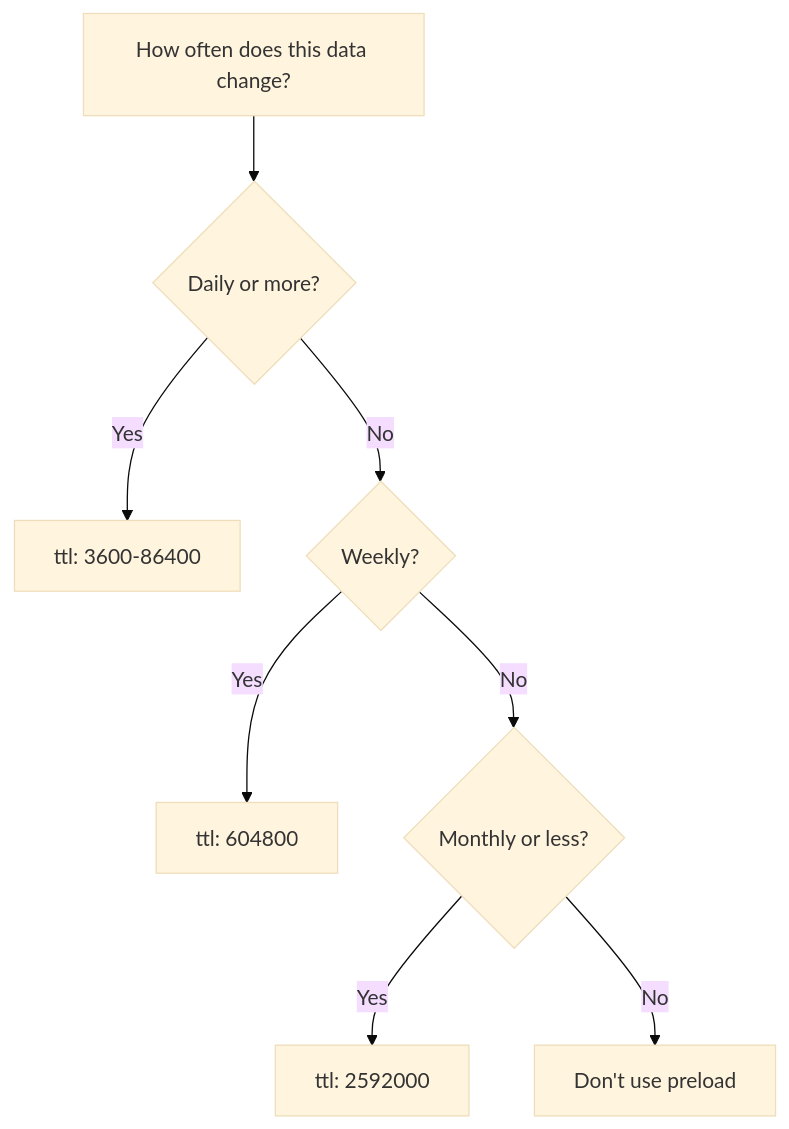
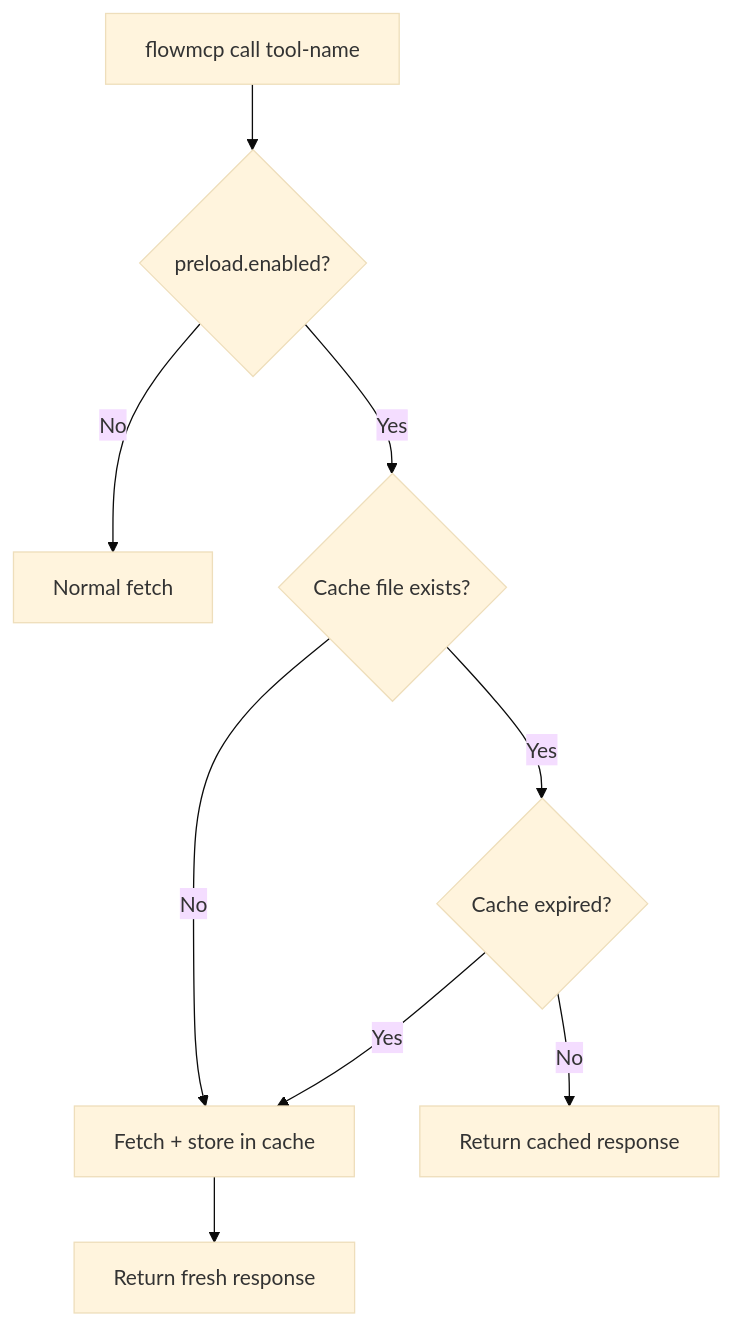
The first of 2 diagrams in src/content/docs/specification/preload.md (FlowMCP/flowmcp.github.io), drawn with Mermaid (base theme) before and after one commit. The commit also changed other lines of this file and 45 other files, not shown here.

````diff
--- a/src/content/docs/specification/preload.md
+++ b/src/content/docs/specification/preload.md
@@ -58,10 +131,11 @@
 ```mermaid
 flowchart TD
-    A[How often does this data change?] --> B{Daily or more?}
-    B -->|Yes| C["ttl: 3600-86400"]
-    B -->|No| D{Weekly?}
-    D -->|Yes| E["ttl: 604800"]
-    D -->|No| F{Monthly or less?}
-    F -->|Yes| G["ttl: 2592000"]
-    F -->|No| H["Don't use preload"]
+    A[flowmcp call tool-name] --> B{preload.enabled?}
+    B -->|No| C[Normal fetch]
+    B -->|Yes| D{Cache file exists?}
+    D -->|No| E[Fetch + store in cache]
+    D -->|Yes| F{Cache expired?}
+    F -->|No| G[Return cached response]
+    F -->|Yes| E
+    E --> H[Return fresh response]
 ```
````
